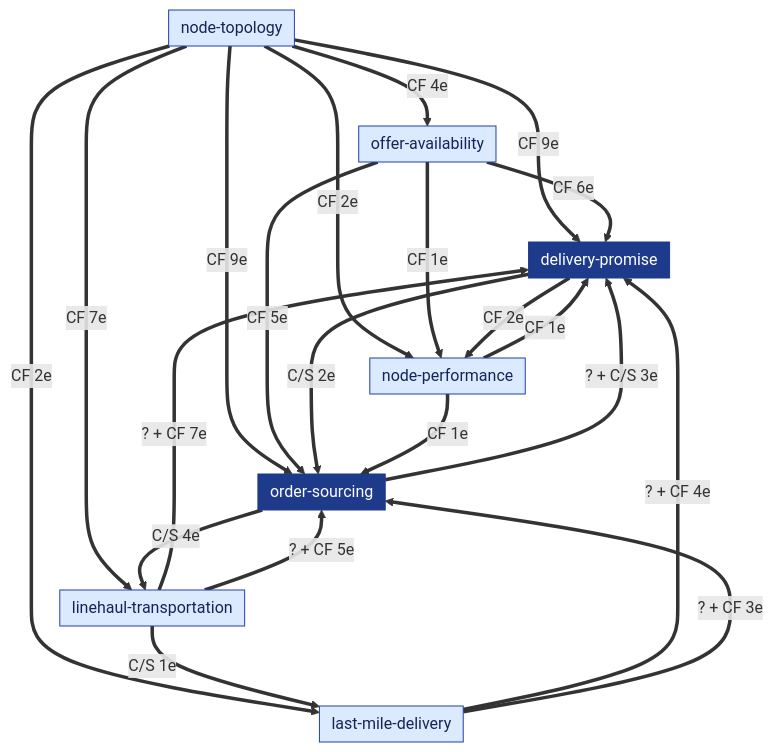
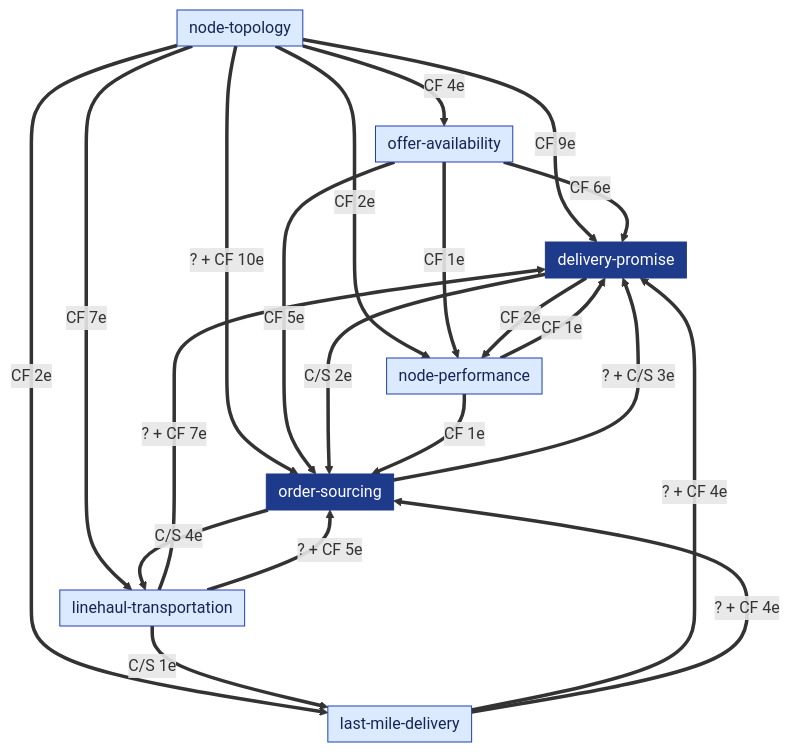
The fifth of 5 diagrams in network/docs/strategic-design/context-map.md (IQVO/warehouse-docs), drawn with Mermaid before and after one commit. The commit also changed other lines of this file and 2 other files, not shown here.

Commit message:
docs(network): F7 and F6 as-built in the model
F7: LaneCostDeclared and WaveCostDeclared events with order-sourcing as
consumer (bidirectional), the money-denominated AssignmentCost rule
(estimatedCostCents, penalties as tie-breakers), estimatedCostCents on
FulfillmentReleasedToNode. F6: the PlacementPlan aggregate,
PlacementPlanSuggested, DemandHeatView, the four placement routes in
seller-inbound's inbound and rest lists. check_model --pages 0 findings,
pages regenerated.

````diff
--- a/network/docs/strategic-design/context-map.md
+++ b/network/docs/strategic-design/context-map.md
@@ -151,35 +151,35 @@
 ```mermaid
 %%{init: {"flowchart": {"nodeSpacing": 22, "rankSpacing": 56, "padding": 6}}}%%
 flowchart TB
     classDef core fill:#1e3a8a,stroke:#1e3a8a,color:#fff
     classDef sup fill:#dbeafe,stroke:#1e40af,color:#172554
     classDef gen fill:#f1f5f9,stroke:#64748b,color:#0f172a
     classDef ext fill:#ffe3e3,stroke:#c92a2a,color:#000
     NT["node-topology"]:::sup
     OA["offer-availability"]:::sup
     LH["linehaul-transportation"]:::sup
     LM["last-mile-delivery"]:::sup
     NP["node-performance"]:::sup
     DP["delivery-promise"]:::core
     OS["order-sourcing"]:::core
     NT ==>|"CF 4e"| OA
     NT ==>|"CF 9e"| DP
-    NT ==>|"CF 9e"| OS
+    NT ==>|"? + CF 10e"| OS
     NT ==>|"CF 7e"| LH
     NT ==>|"CF 2e"| LM
     NT ==>|"CF 2e"| NP
     OA ==>|"CF 6e"| DP
     OA ==>|"CF 5e"| OS
     OA ==>|"CF 1e"| NP
     DP ==>|"C/S 2e"| OS
     DP ==>|"CF 2e"| NP
     OS ==>|"C/S 4e"| LH
     OS ==>|"? + C/S 3e"| DP
     LH ==>|"? + CF 7e"| DP
     LH ==>|"? + CF 5e"| OS
     LH ==>|"C/S 1e"| LM
     LM ==>|"? + CF 4e"| DP
-    LM ==>|"? + CF 3e"| OS
+    LM ==>|"? + CF 4e"| OS
     NP ==>|"CF 1e"| DP
     NP ==>|"CF 1e"| OS
 ```
````
